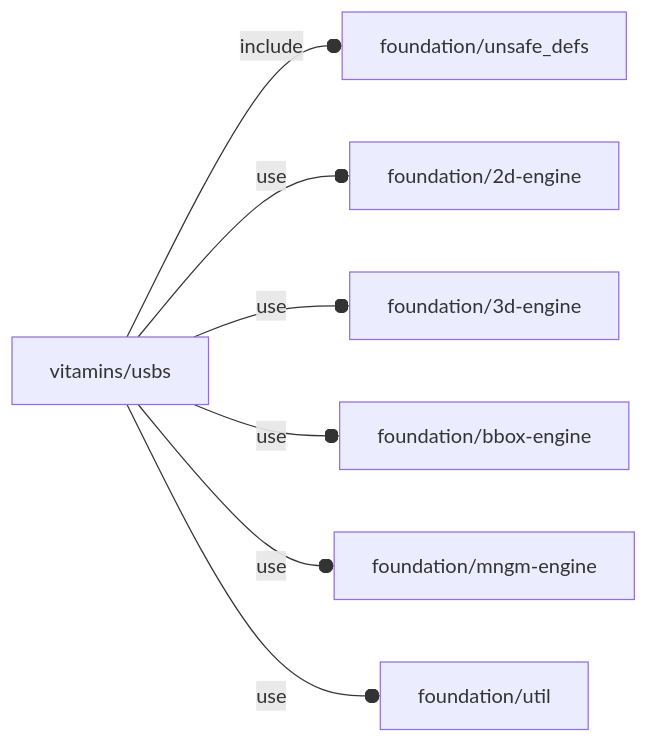
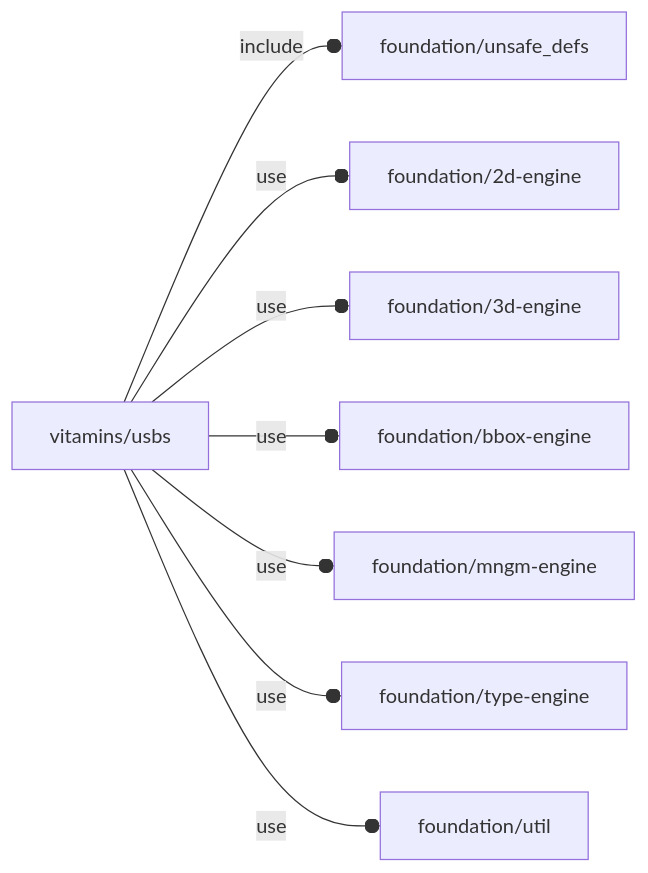
One commit to ggabbiani/OFL changed the diagram in orthodocs/vitamins/usbs.md. Above: the diagram before and after it, drawn with Mermaid. The commit also changed other lines of this file and 8 other files, not shown here.

````diff
--- a/orthodocs/vitamins/usbs.md
+++ b/orthodocs/vitamins/usbs.md
@@ -5,9 +5,10 @@
 ```mermaid
 graph LR
     A1[vitamins/usbs] --o|include| A2[foundation/unsafe_defs]
     A1 --o|use| A3[foundation/2d-engine]
     A1 --o|use| A4[foundation/3d-engine]
     A1 --o|use| A5[foundation/bbox-engine]
     A1 --o|use| A6[foundation/mngm-engine]
-    A1 --o|use| A7[foundation/util]
+    A1 --o|use| A7[foundation/type-engine]
+    A1 --o|use| A8[foundation/util]
 ```
````
